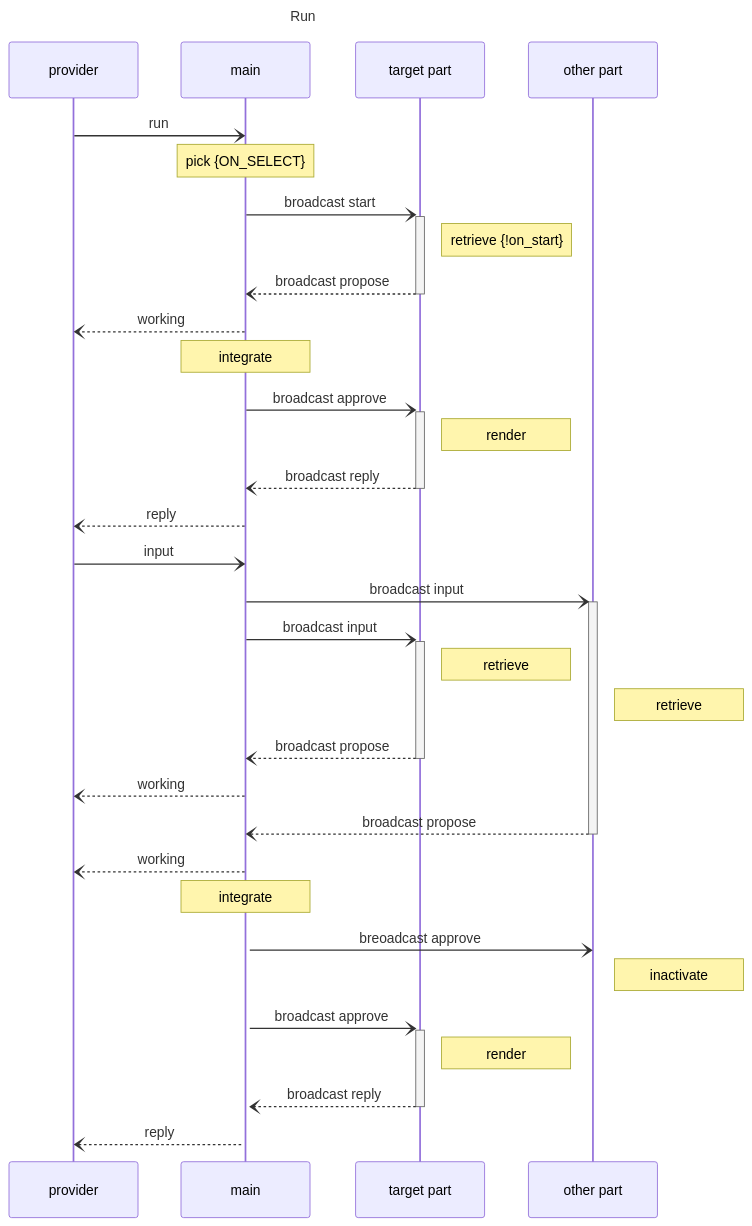
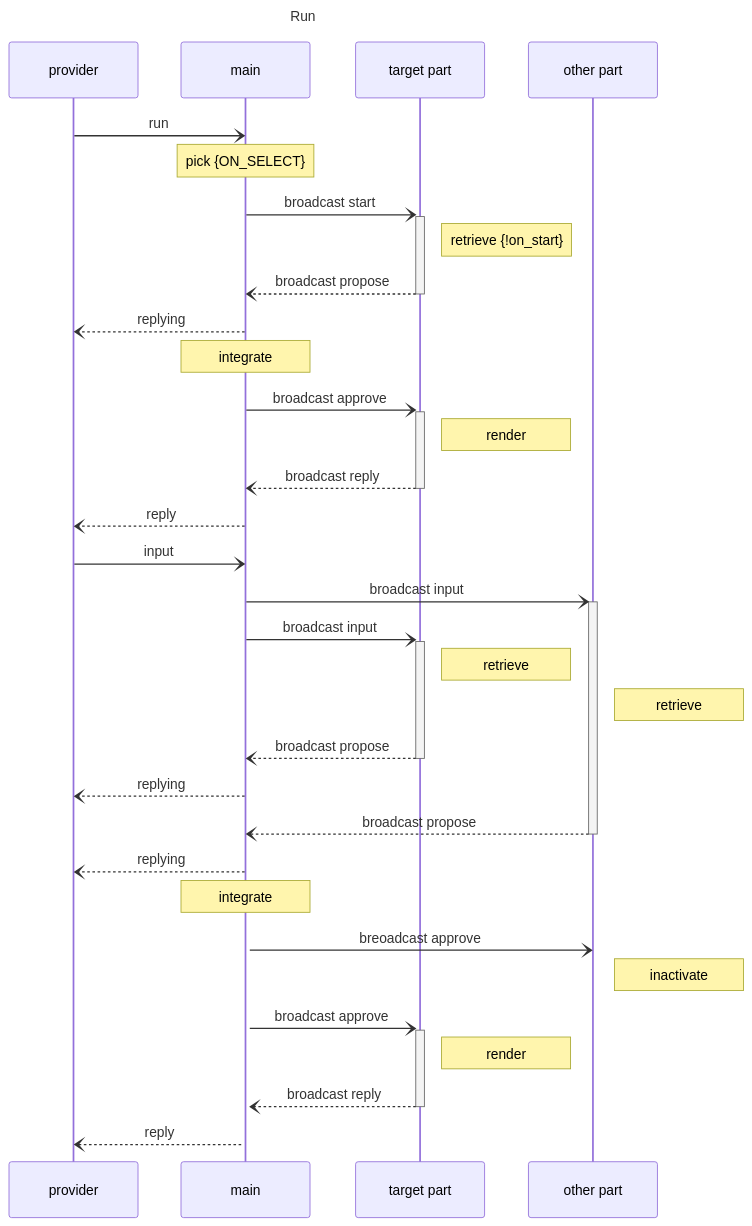
One commit to shinichi-kato/fairybiome-0.11 changed the diagram in src/biomebot-0.11/MAIN_MECHANISM.md. Above: the diagram before and after it, drawn with Mermaid. The commit also changed 11 other files, not shown here.

````diff
--- a/src/biomebot-0.11/MAIN_MECHANISM.md
+++ b/src/biomebot-0.11/MAIN_MECHANISM.md
@@ -20,40 +20,40 @@
 ```mermaid
 sequenceDiagram
 title Run
 participant provider
 participant main
 participant part1 as target part
 participant part0 as other part
 provider-) main: run
 Note over main: pick {ON_SELECT}
 main-)+part1: broadcast start
 Note right of part1: retrieve {!on_start}
 part1--)-main: broadcast propose
-main--)provider: working
+main--)provider: replying
 Note over main : integrate
 main-)+part1: broadcast approve
 Note right of part1: render
 part1--)-main: broadcast reply
 main--)provider: reply
 
 provider-)main: input
 main-)+part0: broadcast input
 main-)+part1: broadcast input
 Note right of part1: retrieve
 Note right of part0: retrieve
 part1--)-main: broadcast propose
-main--)provider: working
+main--)provider: replying
 part0--)-main: broadcast propose
-main--)provider: working
+main--)provider: replying
 activate main
 Note over main: integrate
 
 main-)part0: breoadcast approve
 Note right of part0: inactivate
 main-)+part1: broadcast approve
 Note right of part1: render
 
 part1--)-main: broadcast reply
 main--)provider: reply
 
 ```
````
